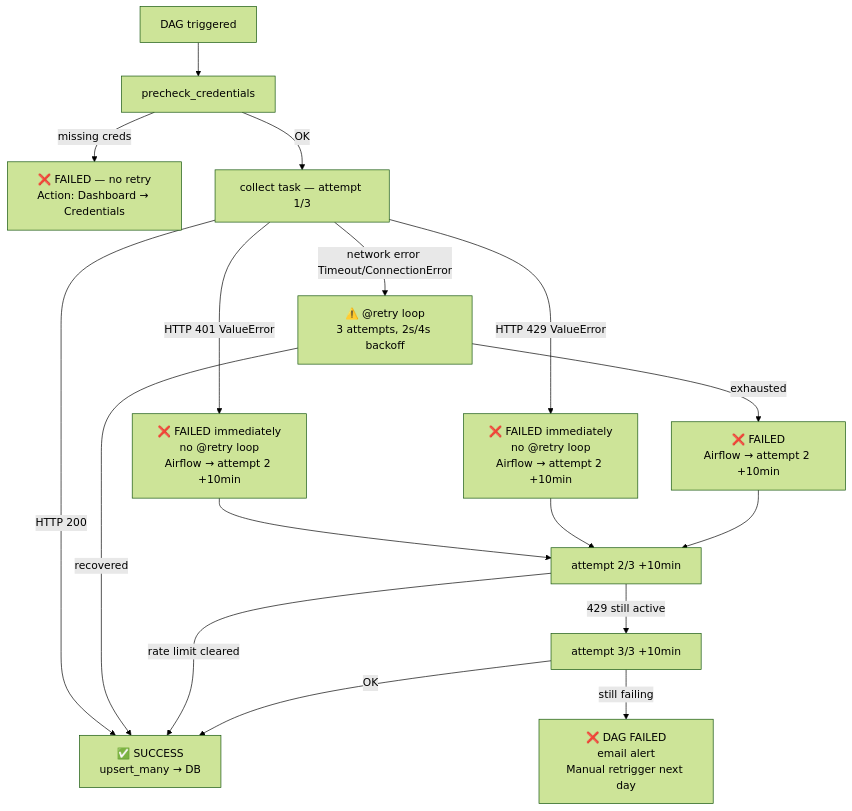
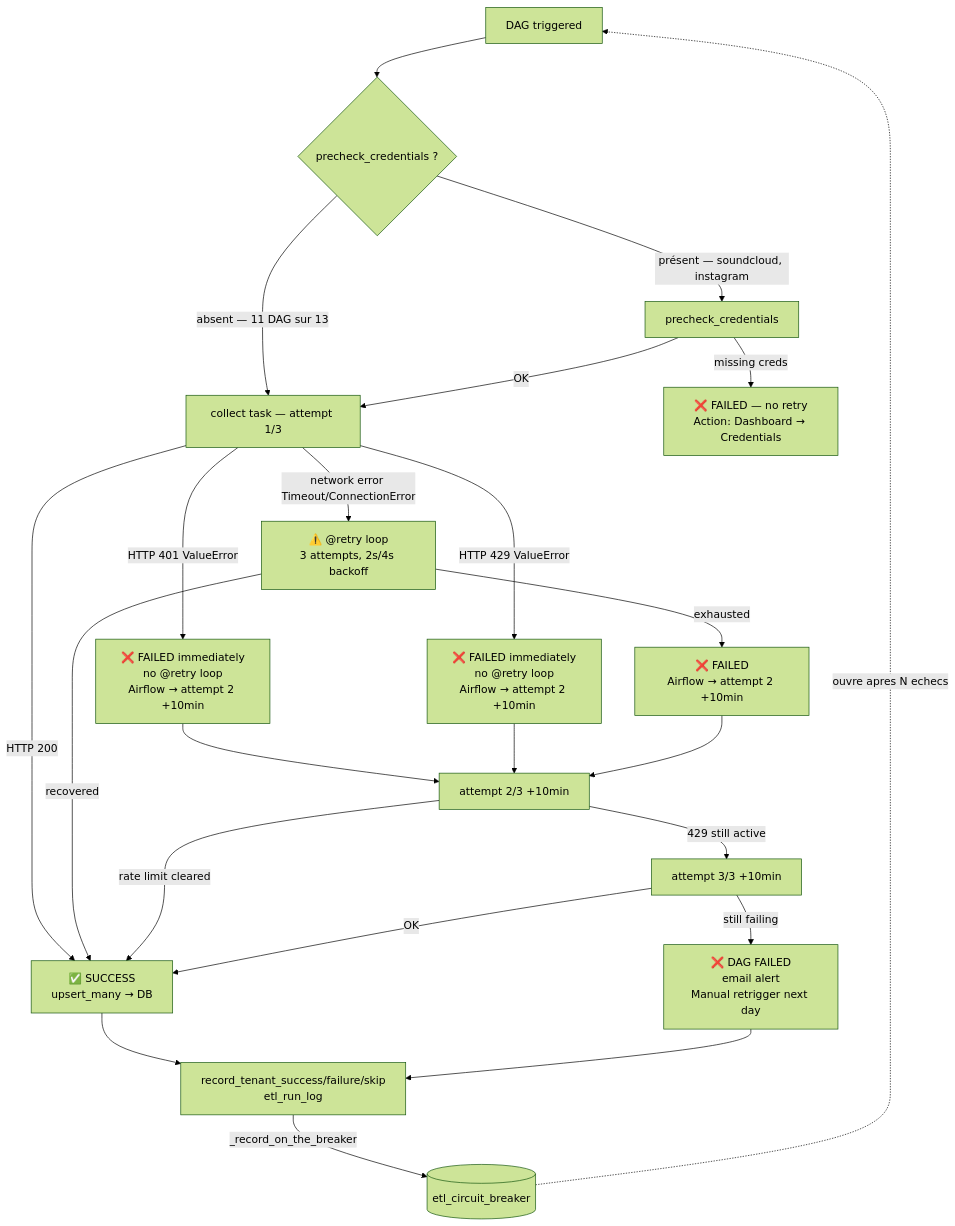
One commit to 1x7xxxxxxx/Dashboard_music_platform_algo_spotify changed the third of 3 diagrams in .claude/dev-docs/architecture.md. Above: the diagram before and after it, drawn with Mermaid (forest theme). The commit also changed other lines of this file and 9 other files, not shown here.

````diff
--- a/.claude/dev-docs/architecture.md
+++ b/.claude/dev-docs/architecture.md
@@ -165,22 +220,30 @@
 ```mermaid
 flowchart TD
-    A[DAG triggered] --> B[precheck_credentials]
-    B -->|missing creds| FAIL1[❌ FAILED — no retry\nAction: Dashboard → Credentials]
-    B -->|OK| C[collect task — attempt 1/3]
+    A[DAG triggered] --> B{precheck_credentials ?}
+    B -->|absent — 11 DAG sur 13| C
+    B -->|présent — soundcloud, instagram| B2[precheck_credentials]
+    B2 -->|missing creds| FAIL1[❌ FAILED — no retry\nAction: Dashboard → Credentials]
+    B2 -->|OK| C[collect task — attempt 1/3]
 
     C -->|HTTP 200| SUCCESS[✅ SUCCESS\nupsert_many → DB]
     C -->|HTTP 401 ValueError| FAIL2[❌ FAILED immediately\nno @retry loop\nAirflow → attempt 2 +10min]
     C -->|HTTP 429 ValueError| FAIL3[❌ FAILED immediately\nno @retry loop\nAirflow → attempt 2 +10min]
     C -->|network error Timeout/ConnectionError| RETRY[⚠️ @retry loop\n3 attempts, 2s/4s backoff]
     RETRY -->|recovered| SUCCESS
     RETRY -->|exhausted| FAIL4[❌ FAILED\nAirflow → attempt 2 +10min]
 
     FAIL2 --> ATT2[attempt 2/3 +10min]
     FAIL3 --> ATT2
     FAIL4 --> ATT2
 
     ATT2 -->|429 still active| ATT3[attempt 3/3 +10min]
     ATT2 -->|rate limit cleared| SUCCESS
     ATT3 -->|still failing| FINAL[❌ DAG FAILED\nemail alert\nManual retrigger next day]
     ATT3 -->|OK| SUCCESS
+
+    %% Ce que le flux ci-dessus NE montrait PAS jusqu'au 2026-09-18, et qui existe.
+    SUCCESS --> LOG[record_tenant_success/failure/skip<br/>etl_run_log]
+    FINAL --> LOG
+    LOG -->|_record_on_the_breaker| CB[(etl_circuit_breaker)]
+    CB -.->|ouvre apres N echecs| A
 ```
````
